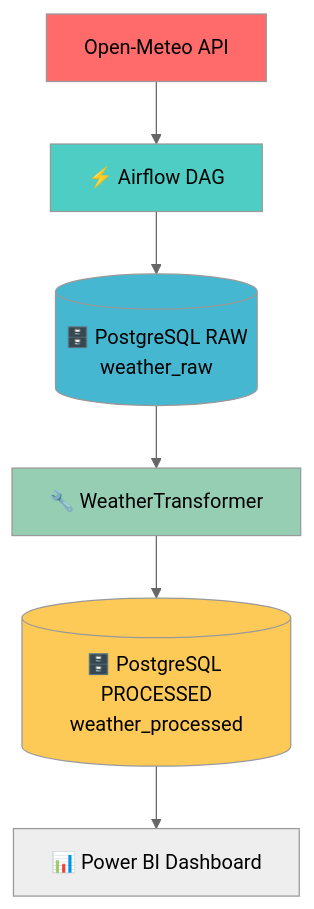
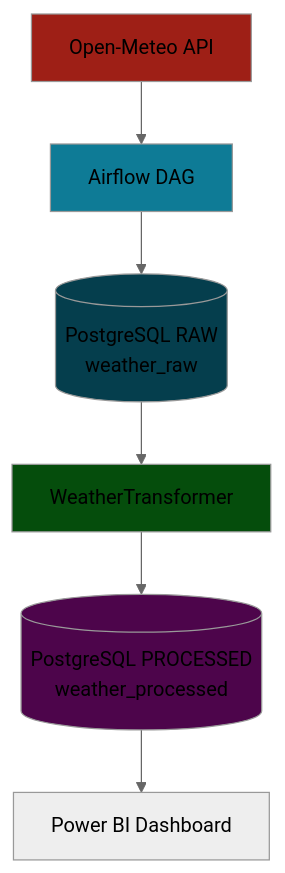
One commit to IvanMurciaRuda/Climate-ETL-Project changed the diagram in README.md. Above: the diagram before and after it, drawn with Mermaid (neutral theme).

````diff
--- a/README.md
+++ b/README.md
@@ -26,14 +26,14 @@
 ```mermaid
 graph TB
-    A[Open-Meteo API] --> B[⚡ Airflow DAG]
-    B --> C[(🗄️ PostgreSQL RAW<br/>weather_raw)]
-    C --> D[🔧 WeatherTransformer]
-    D --> E[(🗄️ PostgreSQL PROCESSED<br/>weather_processed)]
-    E --> F[📊 Power BI Dashboard]
+    A[Open-Meteo API] --> B[Airflow DAG]
+    B --> C[(PostgreSQL RAW<br/>weather_raw)]
+    C --> D[WeatherTransformer]
+    D --> E[(PostgreSQL PROCESSED<br/>weather_processed)]
+    E --> F[Power BI Dashboard]
     
-    style A fill:#ff6b6b
-    style B fill:#4ecdc4
-    style C fill:#45b7d1
-    style D fill:#96ceb4
-    style E fill:#feca57
+    style A fill:#9e1f16
+    style B fill:#0e7b96
+    style C fill:#053e4d
+    style D fill:#054d0c
+    style E fill:#4d054b
 ```
````
